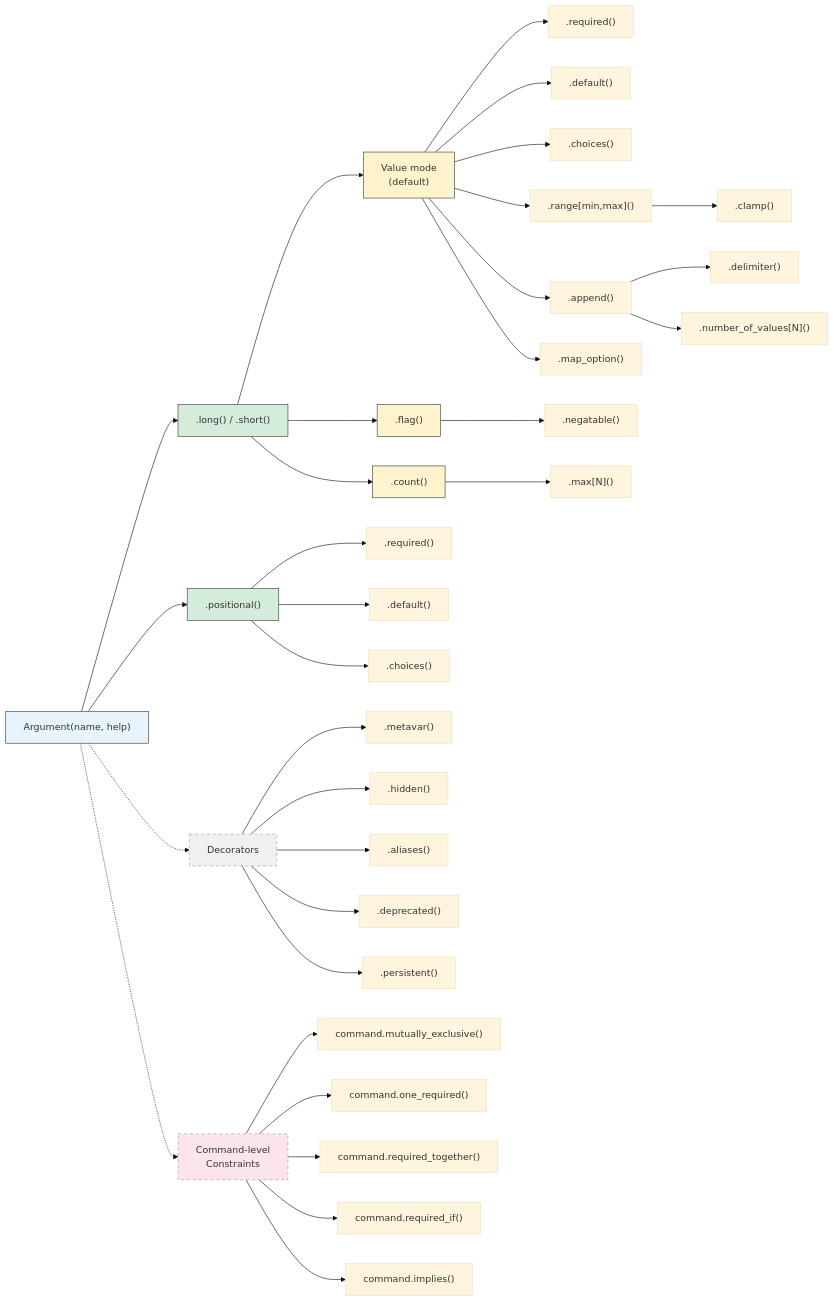
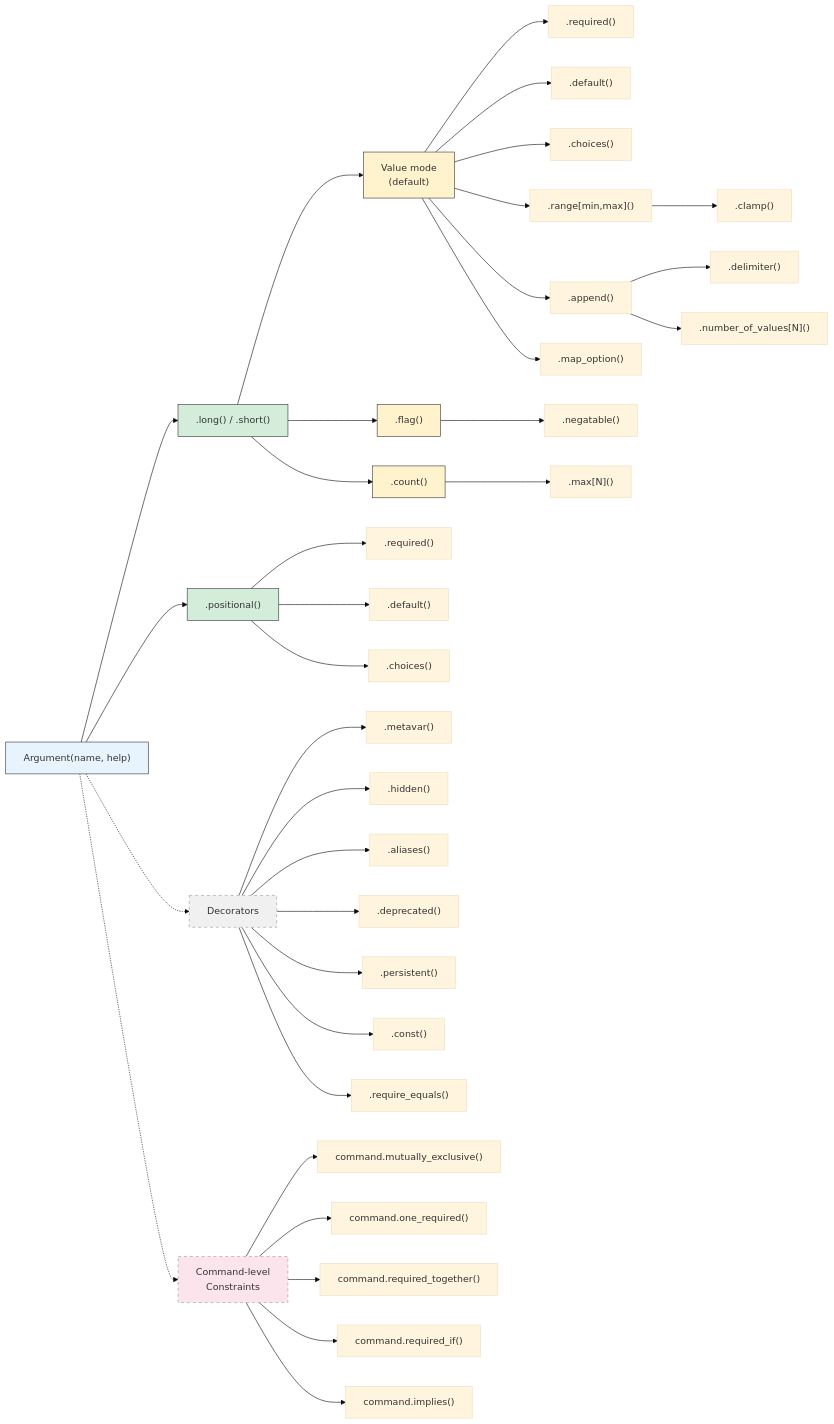
Before and after one commit to forfudan/argmojo: the diagram in docs/user_manual.md, drawn with Mermaid (base theme). The commit also changed other lines of this file and 7 other files, not shown here.

Commit message:
default when present + require_equals

````diff
--- a/docs/user_manual.md
+++ b/docs/user_manual.md
@@ -1085,51 +1089,53 @@
 ```mermaid
 flowchart LR
     ARG["Argument(name, help)"]
 
     ARG --> NAMED[".long() / .short()"]
     ARG --> POS[".positional()"]
 
     NAMED --> VAL["Value mode\n(default)"]
     NAMED --> FLAG[".flag()"]
     NAMED --> COUNT[".count()"]
 
     VAL --> req1[".required()"]
     VAL --> def1[".default()"]
     VAL --> cho1[".choices()"]
     VAL --> rng[".range[min,max]()"]
     rng --> clp[".clamp()"]
     VAL --> app[".append()"]
     app --> delim[".delimiter()"]
     app --> nvals[".number_of_values[N]()"]
     VAL --> mapopt[".map_option()"]
 
     FLAG --> neg[".negatable()"]
     COUNT --> maxn[".max[N]()"]
 
     POS --> req2[".required()"]
     POS --> def2[".default()"]
     POS --> cho2[".choices()"]
 
     ARG -.-> DEC["Decorators"]
     DEC --> meta[".metavar()"]
     DEC --> hid[".hidden()"]
     DEC --> ali[".aliases()"]
     DEC --> dep[".deprecated()"]
     DEC --> per[".persistent()"]
+    DEC --> cst[".const()"]
+    DEC --> reqeq[".require_equals()"]
 
     ARG -.-> CMDCON["Command-level\nConstraints"]
     CMDCON --> mutex["command.mutually_exclusive()"]
     CMDCON --> onereq["command.one_required()"]
     CMDCON --> reqtog["command.required_together()"]
     CMDCON --> reqif["command.required_if()"]
     CMDCON --> imp["command.implies()"]
 
     style ARG fill:#e8f4fd,stroke:#333
     style NAMED fill:#d4edda,stroke:#333
     style POS fill:#d4edda,stroke:#333
     style FLAG fill:#fff3cd,stroke:#333
     style COUNT fill:#fff3cd,stroke:#333
     style VAL fill:#fff3cd,stroke:#333
     style DEC fill:#f0f0f0,stroke:#999,stroke-dasharray: 5 5
     style CMDCON fill:#fce4ec,stroke:#999,stroke-dasharray: 5 5
 ```
````
